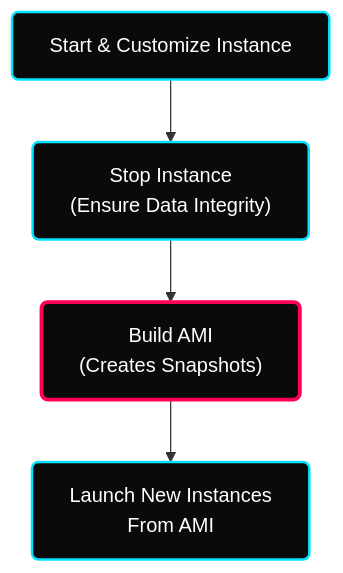
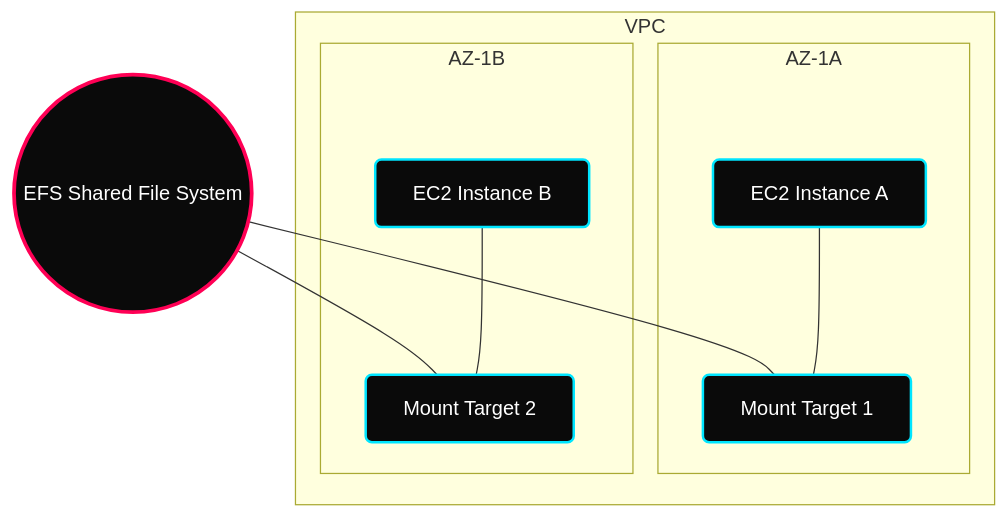
The diagram in Week-11-AWS-Compute-and-Storage/EBS-EFS-Storage/notes.md (hridyen/DevOps-Survival-Roadmap), drawn with Mermaid before and after one commit. The commit also changed other lines of this file and 2 other files, not shown here.

````diff
--- a/Week-11-AWS-Compute-and-Storage/EBS-EFS-Storage/notes.md
+++ b/Week-11-AWS-Compute-and-Storage/EBS-EFS-Storage/notes.md
@@ -64,12 +37,23 @@
 ```mermaid
 graph TD
     classDef default fill:#0A0A0A,stroke:#00E5FF,stroke-width:2px,color:#FFFFFF,rx:5px,ry:5px;
     classDef highlight fill:#0A0A0A,stroke:#FF0055,stroke-width:3px,color:#FFFFFF,rx:5px,ry:5px;
 
-    Step1["Start & Customize Instance"]
-    Step2["Stop Instance <br/>(Ensure Data Integrity)"]
-    Step3["Build AMI <br/>(Creates Snapshots)"]:::highlight
-    Step4["Launch New Instances <br/>From AMI"]
+    EFS((EFS Shared File System)):::highlight
     
-    Step1 --> Step2 --> Step3 --> Step4
+    subgraph VPC
+        subgraph AZ-1A
+            MT1[Mount Target 1]
+            EC2_1[EC2 Instance A]
+        end
+        subgraph AZ-1B
+            MT2[Mount Target 2]
+            EC2_2[EC2 Instance B]
+        end
+    end
+    
+    EFS --- MT1
+    EFS --- MT2
+    EC2_1 --- MT1
+    EC2_2 --- MT2
 ```
````
